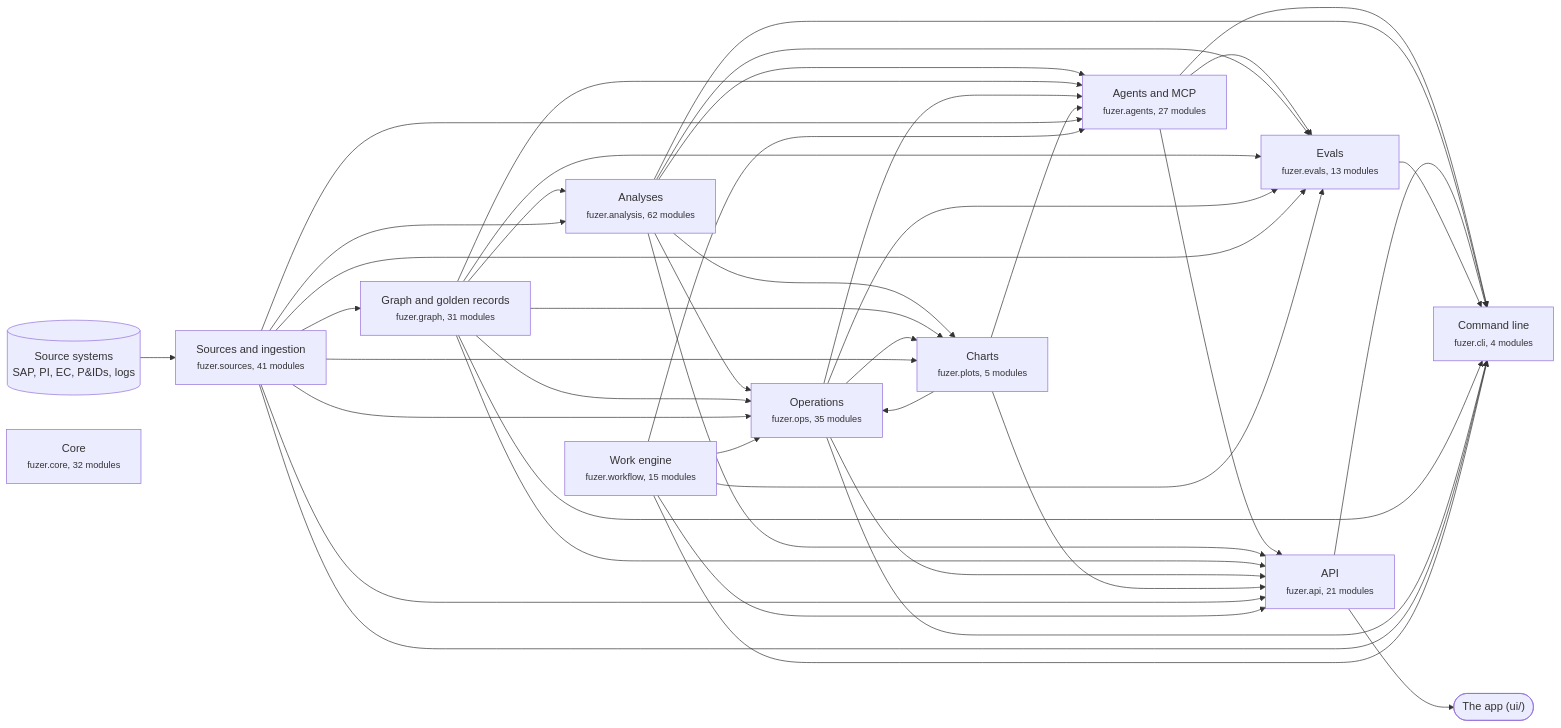
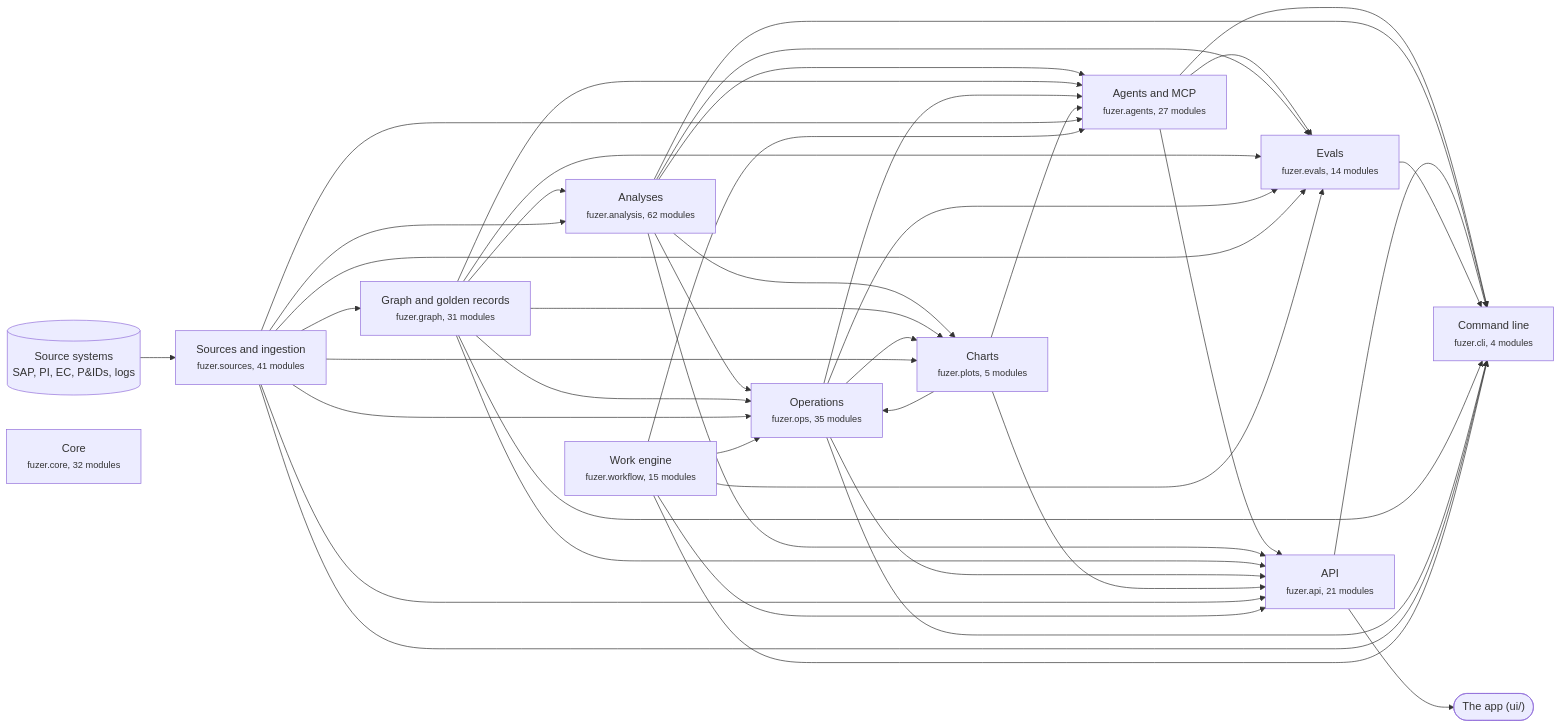
The first of 3 diagrams in docs/architecture.md (areed145/fuzer), drawn with Mermaid before and after one commit. The commit also changed other lines of this file and 14 other files, not shown here.

````diff
--- a/docs/architecture.md
+++ b/docs/architecture.md
@@ -8,67 +8,67 @@
 ```mermaid
 flowchart LR
   systems[("Source systems<br>SAP, PI, EC, P&IDs, logs")] --> c_sources
   app(["The app (ui/)"])
   c_api --> app
   c_sources["Sources and ingestion<br><small>fuzer.sources, 41 modules</small>"]
   c_graph["Graph and golden records<br><small>fuzer.graph, 31 modules</small>"]
   c_analysis["Analyses<br><small>fuzer.analysis, 62 modules</small>"]
   c_ops["Operations<br><small>fuzer.ops, 35 modules</small>"]
   c_plots["Charts<br><small>fuzer.plots, 5 modules</small>"]
   c_workflow["Work engine<br><small>fuzer.workflow, 15 modules</small>"]
   c_agents["Agents and MCP<br><small>fuzer.agents, 27 modules</small>"]
-  c_evals["Evals<br><small>fuzer.evals, 13 modules</small>"]
+  c_evals["Evals<br><small>fuzer.evals, 14 modules</small>"]
   c_api["API<br><small>fuzer.api, 21 modules</small>"]
   c_cli["Command line<br><small>fuzer.cli, 4 modules</small>"]
   c_core["Core<br><small>fuzer.core, 32 modules</small>"]
   c_sources --> c_graph
   c_graph --> c_analysis
   c_sources --> c_analysis
   c_analysis --> c_ops
   c_graph --> c_ops
   c_plots --> c_ops
   c_sources --> c_ops
   c_workflow --> c_ops
   c_analysis --> c_plots
   c_graph --> c_plots
   c_ops --> c_plots
   c_sources --> c_plots
   c_analysis --> c_agents
   c_graph --> c_agents
   c_ops --> c_agents
   c_plots --> c_agents
   c_sources --> c_agents
   c_workflow --> c_agents
   c_agents --> c_evals
   c_analysis --> c_evals
   c_graph --> c_evals
   c_ops --> c_evals
   c_sources --> c_evals
   c_workflow --> c_evals
   c_agents --> c_api
   c_analysis --> c_api
   c_graph --> c_api
   c_ops --> c_api
   c_plots --> c_api
   c_sources --> c_api
   c_workflow --> c_api
   c_agents --> c_cli
   c_analysis --> c_cli
   c_api --> c_cli
   c_evals --> c_cli
   c_graph --> c_cli
   c_ops --> c_cli
   c_sources --> c_cli
   c_workflow --> c_cli
   click c_sources "https://github.com/areed145/fuzer/tree/main/src/fuzer/sources"
   click c_graph "https://github.com/areed145/fuzer/tree/main/src/fuzer/graph"
   click c_analysis "https://github.com/areed145/fuzer/tree/main/src/fuzer/analysis"
   click c_ops "https://github.com/areed145/fuzer/tree/main/src/fuzer/ops"
   click c_plots "https://github.com/areed145/fuzer/tree/main/src/fuzer/plots"
   click c_workflow "https://github.com/areed145/fuzer/tree/main/src/fuzer/workflow"
   click c_agents "https://github.com/areed145/fuzer/tree/main/src/fuzer/agents"
   click c_evals "https://github.com/areed145/fuzer/tree/main/src/fuzer/evals"
   click c_api "https://github.com/areed145/fuzer/tree/main/src/fuzer/api"
   click c_cli "https://github.com/areed145/fuzer/tree/main/src/fuzer/cli"
   click c_core "https://github.com/areed145/fuzer/tree/main/src/fuzer/core"
 ```
````
